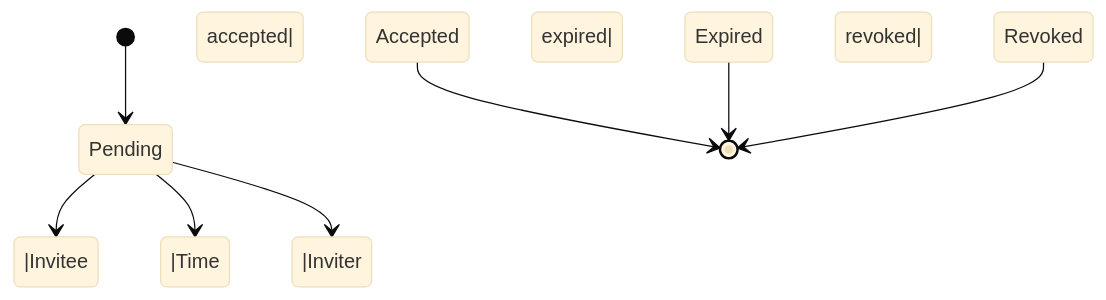
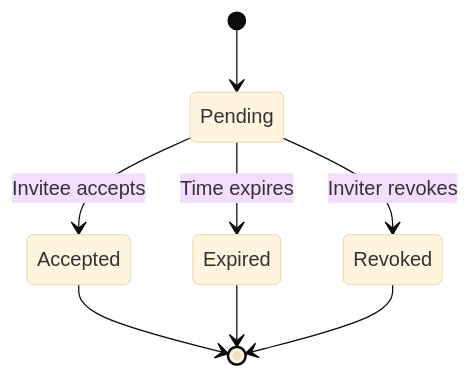
The diagram in draft/0003-organization-invitation.md (logto-io/rfcs), drawn with Mermaid (base theme) before and after one commit. The commit also changed other lines of this file, not shown here.

````diff
--- a/draft/0003-organization-invitation.md
+++ b/draft/0003-organization-invitation.md
@@ -35,10 +46,10 @@
 ```mermaid
 stateDiagram-v2
   [*] --> Pending
-  Pending -->|Invitee accepted| Accepted
-  Pending -->|Time expired| Expired
-  Pending -->|Inviter revoked| Revoked
+  Pending --> Accepted: Invitee accepts
+  Pending --> Expired: Time expires
+  Pending --> Revoked: Inviter revokes
   Accepted --> [*]
   Expired --> [*]
   Revoked --> [*]
 ```
````
